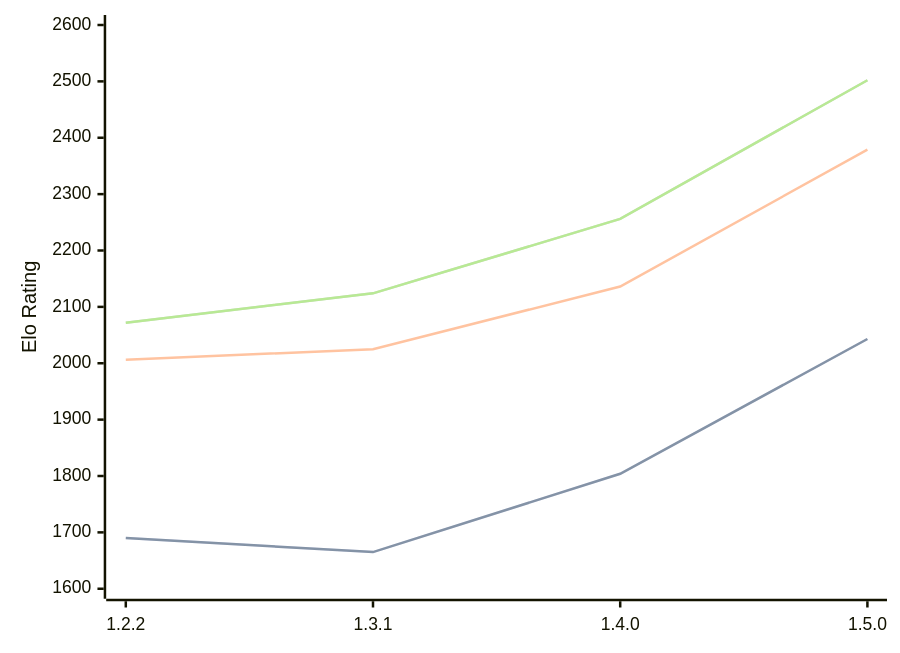
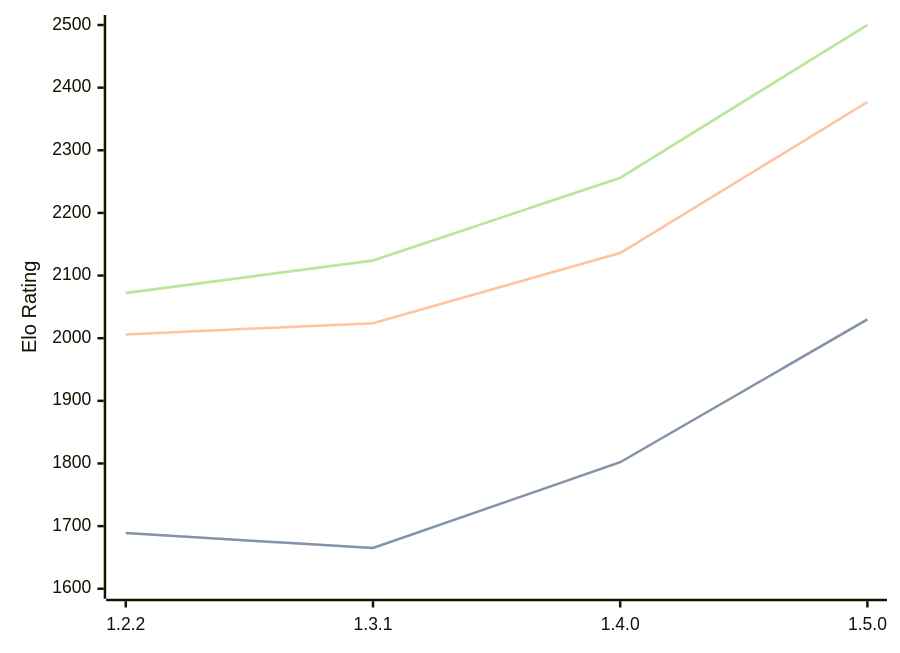
Before and after one commit to computer-chess-index/cci: the diagram in engines/SoloEngine.md, drawn with Mermaid. The commit also changed other lines of this file, not shown here.

Commit message:
Update CCI Ratings (ELO VLTC) - 2026-03-06

````diff
--- a/engines/SoloEngine.md
+++ b/engines/SoloEngine.md
@@ -32,11 +32,11 @@
 ```mermaid
 %%{init: {"theme":"base","themeVariables":{"seriesColors:['#a3a3a3','#222221','#faa371']}}}%%
 xychart-beta
   x-axis ["1.2.2", "1.3.1", "1.4.0", "1.5.0"]
-  y-axis "Elo Rating" 1600 --> 2600
-  line "STC (8.0+0.08s)" [1690, 1665, 1804, 2043]
-  line "STC (8.0+0.08s)" [1690, 1665, 1804, 2043]
-  line "LTC (60.0+0.60s)" [2006, 2025, 2136, 2379]
-  line "VLTC (2m24s+1.12s)" [2072, 2124, 2256, 2502]
-  line "VLTC (2m24s+1.12s)" [2072, 2124, 2256, 2502]
+  y-axis "Elo Rating" 1600 --> 2500
+  line "STC (8.0+0.08s)" [1689, 1665, 1802, 2030]
+  line "STC (8.0+0.08s)" [1689, 1665, 1802, 2030]
+  line "LTC (60.0+0.60s)" [2006, 2024, 2136, 2377]
+  line "VLTC (2m24s+1.12s)" [2072, 2124, 2256, 2500]
+  line "VLTC (2m24s+1.12s)" [2072, 2124, 2256, 2500]
 ```
````
